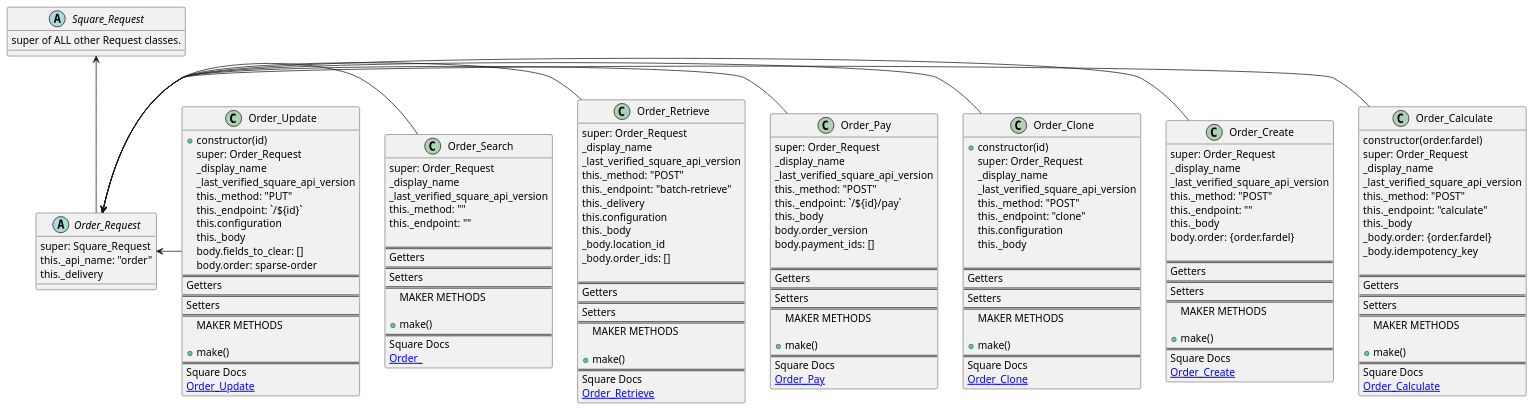
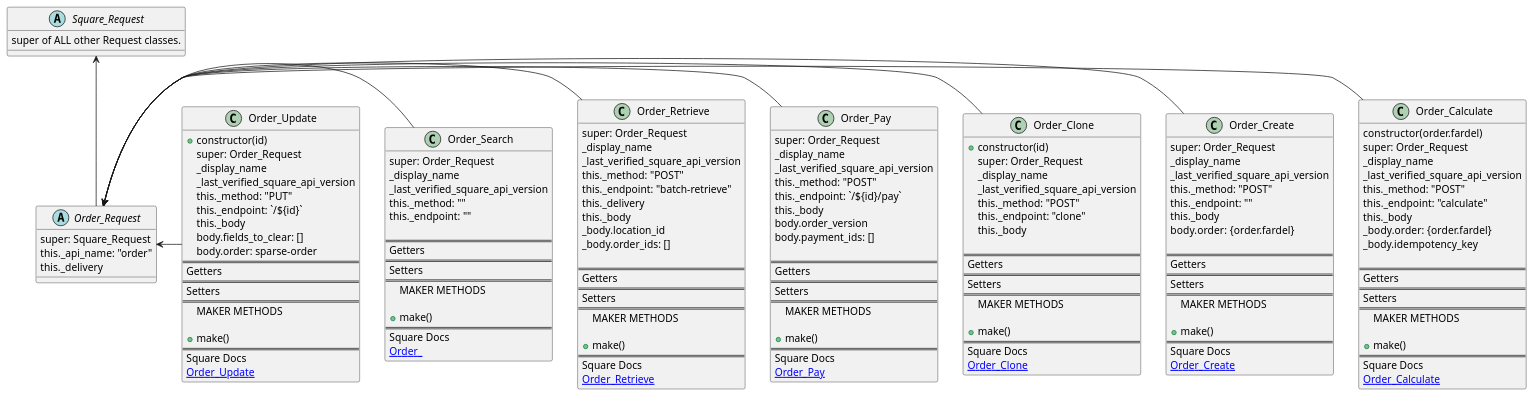
Before and after one commit to TwoFistedJustice/square-pie: the diagram in docs/uml/stub.pie_order_requests.puml, drawn with PlantUML.

Commit message:
docs: remove this.configuration from classes it was extracted out from

```diff
--- a/docs/uml/stub.pie_order_requests.puml
+++ b/docs/uml/stub.pie_order_requests.puml
@@ -1,183 +1,180 @@
 @startuml
 'https://plantuml.com/class-diagram
 
 
 Square_Request <-- Order_Request
 Order_Request <- Order_Calculate
 Order_Request <- Order_Create
 Order_Request <- Order_Clone
 Order_Request <- Order_Pay
 Order_Request <- Order_Retrieve
 Order_Request <- Order_Search
 Order_Request <- Order_Update
 
 
 abstract class Square_Request{
 super of ALL other Request classes.
 }
 
 abstract class Order_Request {
 super: Square_Request
 this._api_name: "order"
 this._delivery
 }
 
 
 class Order_Calculate {
 constructor(order.fardel)
 super: Order_Request
 _display_name
 _last_verified_square_api_version
 this._method: "POST"
 this._endpoint: "calculate"
 this._body
 _body.order: {order.fardel}
 _body.idempotency_key
 
 ==
 Getters
 ==
 Setters
 ==
 MAKER METHODS
 
 +make()
 ==
 Square Docs
 [[https://developer.squareup.com/reference/square/orders-api/calculate-order Order_Calculate ]]
 }
 
 class Order_Create  {
 super: Order_Request
 _display_name
 _last_verified_square_api_version
 this._method: "POST"
 this._endpoint: ""
 this._body
 body.order: {order.fardel}
 
 ==
 Getters
 ==
 Setters
 ==
 MAKER METHODS
 
 +make()
 ==
 Square Docs
 [[https://developer.squareup.com/reference/square/orders-api/create-order Order_Create ]]
 }
 class Order_Clone  {
 +constructor(id)
 super: Order_Request
 _display_name
 _last_verified_square_api_version
 this._method: "POST"
 this._endpoint: "clone"
-this.configuration
 this._body
 
 ==
 Getters
 ==
 Setters
 ==
 MAKER METHODS
 
 +make()
 ==
 Square Docs
 [[https://developer.squareup.com/reference/square/orders-api/clone-order Order_Clone ]]
 }
 class Order_Pay  {
 super: Order_Request
 _display_name
 _last_verified_square_api_version
 this._method: "POST"
 this._endpoint: `/${id}/pay`
 this._body
 body.order_version
 body.payment_ids: []
 
 ==
 Getters
 ==
 Setters
 ==
 MAKER METHODS
 
 +make()
 ==
 Square Docs
 [[https://developer.squareup.com/reference/square/orders-api/pay-order Order_Pay ]]
 }
 class Order_Retrieve  {
 super: Order_Request
 _display_name
 _last_verified_square_api_version
 this._method: "POST"
 this._endpoint: "batch-retrieve"
 this._delivery
-this.configuration
 this._body
 _body.location_id
 _body.order_ids: []
 
 ==
 Getters
 ==
 Setters
 ==
 MAKER METHODS
 
 +make()
 ==
 Square Docs
 [[https://developer.squareup.com/reference/square/orders-api/retrieve-order Order_Retrieve ]]
 }
 class Order_Search  {
 super: Order_Request
 _display_name
 _last_verified_square_api_version
 this._method: ""
 this._endpoint: ""
 
 ==
 Getters
 ==
 Setters
 ==
 MAKER METHODS
 
 +make()
 ==
 Square Docs
 [[ Order_ ]]
 }
 class Order_Update {
 +constructor(id)
 super: Order_Request
 _display_name
 _last_verified_square_api_version
 this._method: "PUT"
 this._endpoint: `/${id}`
-this.configuration
 this._body
 body.fields_to_clear: []
 body.order: sparse-order
 ==
 Getters
 ==
 Setters
 ==
 MAKER METHODS
 
 +make()
 ==
 Square Docs
 [[https://developer.squareup.com/reference/square/orders-api/update-order Order_Update ]]
 }
 
 
 @enduml
```
